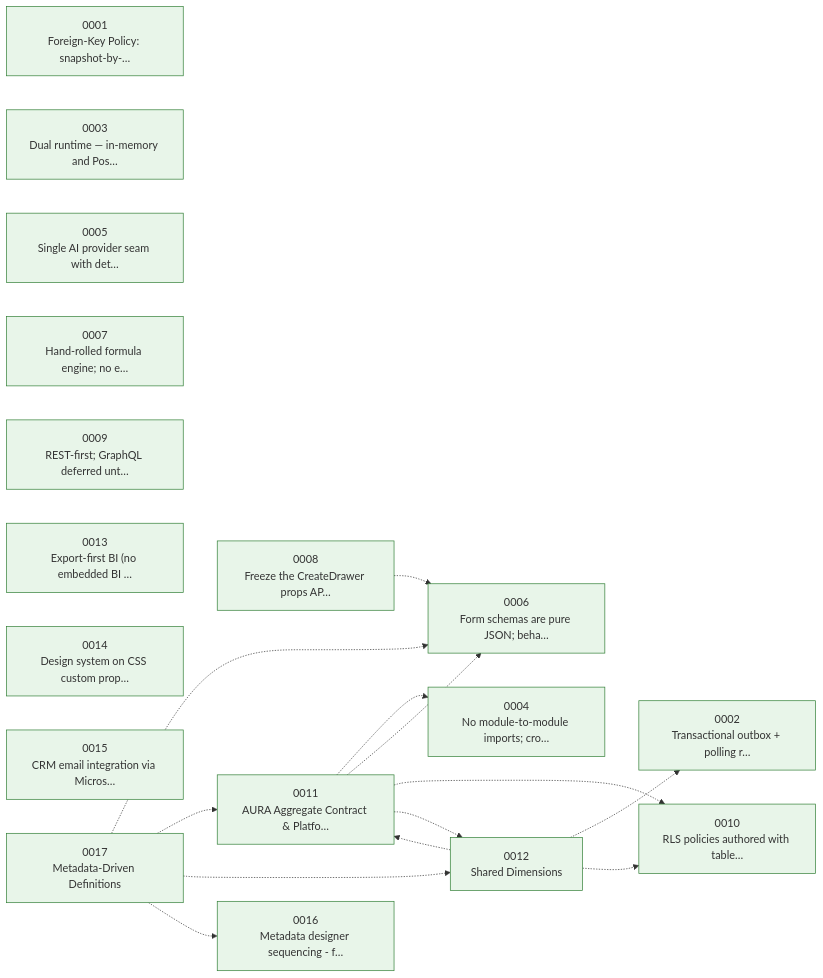
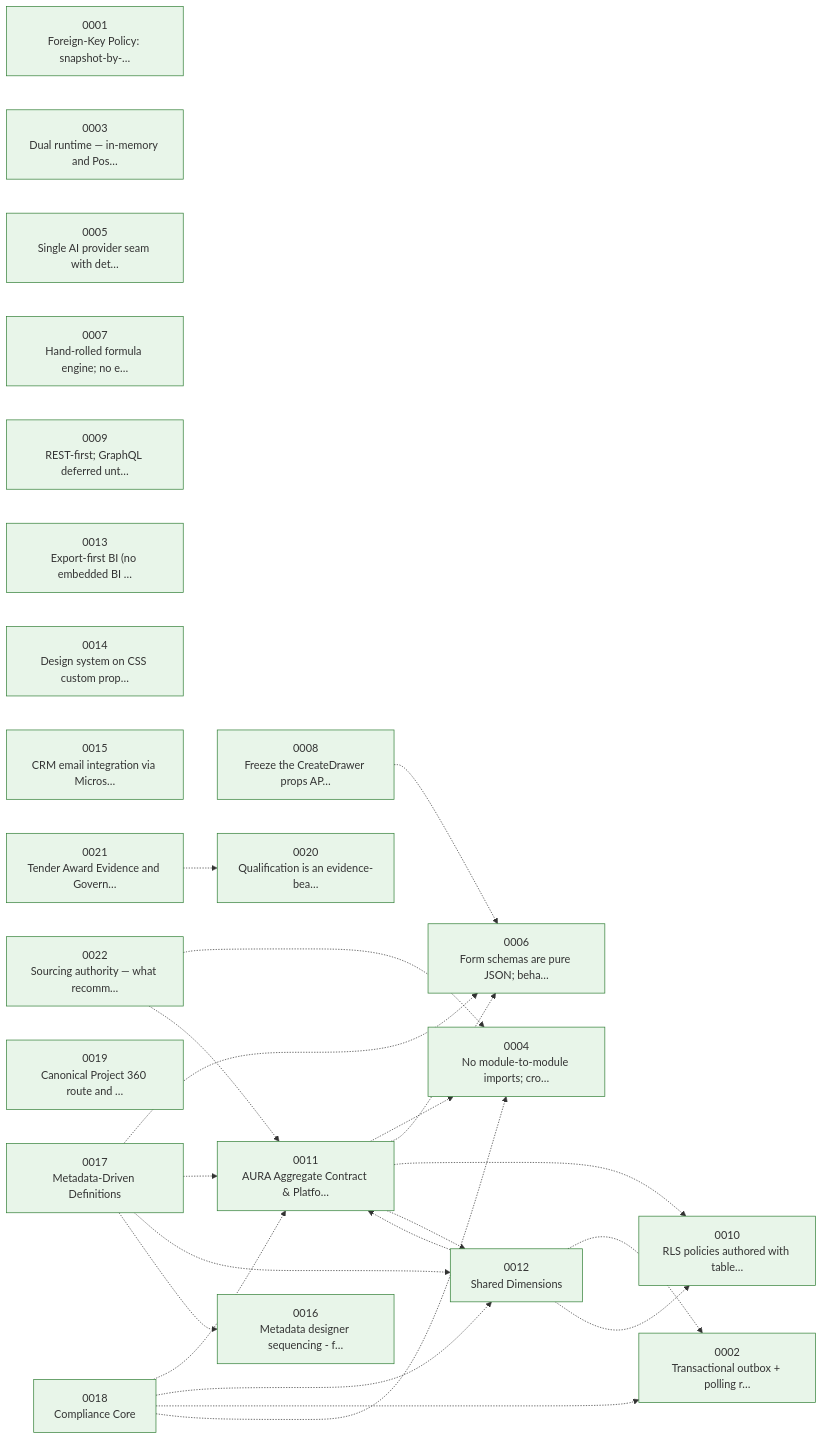
The diagram in docs/adr/GRAPH.md (ramamosbah-netizen/Aura-os), drawn with Mermaid before and after one commit. The commit also changed 16 other files, not shown here.

````diff
--- a/docs/adr/GRAPH.md
+++ b/docs/adr/GRAPH.md
@@ -5,34 +5,46 @@
 ```mermaid
 graph LR
   0001["0001<br/>Foreign-Key Policy: snapshot-by-…"]
   0002["0002<br/>Transactional outbox + polling r…"]
   0003["0003<br/>Dual runtime — in-memory and Pos…"]
   0004["0004<br/>No module-to-module imports; cro…"]
   0005["0005<br/>Single AI provider seam with det…"]
   0006["0006<br/>Form schemas are pure JSON; beha…"]
   0007["0007<br/>Hand-rolled formula engine; no e…"]
   0008["0008<br/>Freeze the CreateDrawer props AP…"]
   0009["0009<br/>REST-first; GraphQL deferred unt…"]
   0010["0010<br/>RLS policies authored with table…"]
   0011["0011<br/>AURA Aggregate Contract & Platfo…"]
   0012["0012<br/>Shared Dimensions"]
   0013["0013<br/>Export-first BI (no embedded BI …"]
   0014["0014<br/>Design system on CSS custom prop…"]
   0015["0015<br/>CRM email integration via Micros…"]
   0016["0016<br/>Metadata designer sequencing - f…"]
   0017["0017<br/>Metadata-Driven Definitions"]
+  0018["0018<br/>Compliance Core"]
+  0019["0019<br/>Canonical Project 360 route and …"]
+  0020["0020<br/>Qualification is an evidence-bea…"]
+  0021["0021<br/>Tender Award Evidence and Govern…"]
+  0022["0022<br/>Sourcing authority — what recomm…"]
   0008 -.-> 0006
   0011 -.-> 0004
   0011 -.-> 0006
   0011 -.-> 0010
   0011 -.-> 0012
   0012 -.-> 0011
   0012 -.-> 0002
   0012 -.-> 0010
   0017 -.-> 0006
   0017 -.-> 0011
   0017 -.-> 0012
   0017 -.-> 0016
+  0018 -.-> 0011
+  0018 -.-> 0012
+  0018 -.-> 0002
+  0018 -.-> 0004
+  0021 -.-> 0020
+  0022 -.-> 0004
+  0022 -.-> 0011
   classDef accepted fill:#e8f5e9,stroke:#2e7d32;
-  class 0001,0002,0003,0004,0005,0006,0007,0008,0009,0010,0011,0012,0013,0014,0015,0016,0017 accepted;
+  class 0001,0002,0003,0004,0005,0006,0007,0008,0009,0010,0011,0012,0013,0014,0015,0016,0017,0018,0019,0020,0021,0022 accepted;
 ```
````
